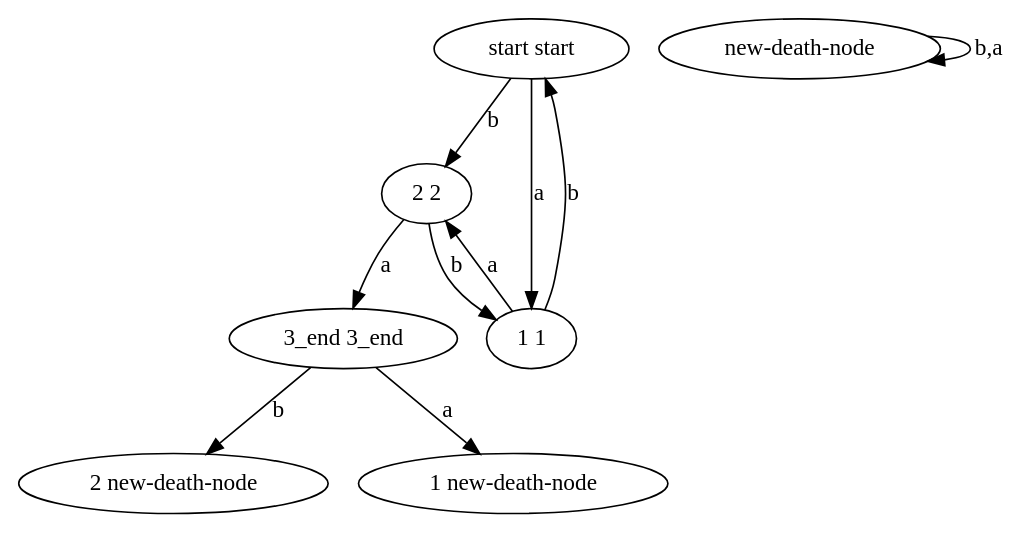
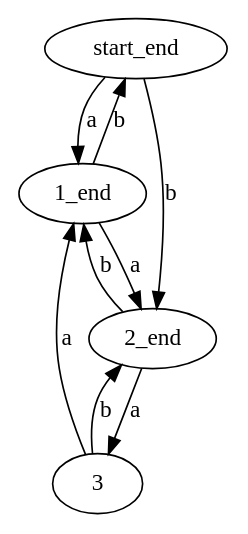
The diagram in lmao3.dot (Katchau/COMP-AutoAnalyze.Dot), drawn with Graphviz before and after one commit. The commit also changed 2 other files, not shown here.

```diff
--- a/lmao3.dot
+++ b/lmao3.dot
@@ -1,18 +1,14 @@
 digraph {
-	"start start" ;
-	"2 2" ;
-	"1 1" ;
-	"3_end 3_end" ;
-	"2 new-death-node" ;
-	"1 new-death-node" ;
-	"new-death-node" ;
-	"start start" -> "2 2" ["label"="b"];
-	"start start" -> "1 1" ["label"="a"];
-	"1 1" -> "start start" ["label"="b"];
-	"1 1" -> "2 2" ["label"="a"];
-	"2 2" -> "1 1" ["label"="b"];
-	"2 2" -> "3_end 3_end" ["label"="a"];
-	"3_end 3_end" -> "2 new-death-node" ["label"="b"];
-	"3_end 3_end" -> "1 new-death-node" ["label"="a"];
-	"new-death-node" -> "new-death-node" ["label"="b,a"];
+	"start_end" ;
+	"1_end" ;
+	"2_end" ;
+	"3" ;
+	"start_end" -> "1_end" ["label"="a"];
+	"start_end" -> "2_end" ["label"="b"];
+	"1_end" -> "2_end" ["label"="a"];
+	"1_end" -> "start_end" ["label"="b"];
+	"2_end" -> "3" ["label"="a"];
+	"2_end" -> "1_end" ["label"="b"];
+	"3" -> "1_end" ["label"="a"];
+	"3" -> "2_end" ["label"="b"];
 }
```
